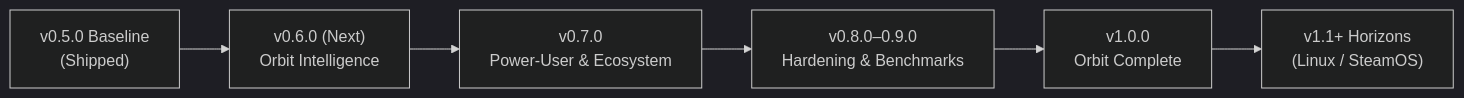
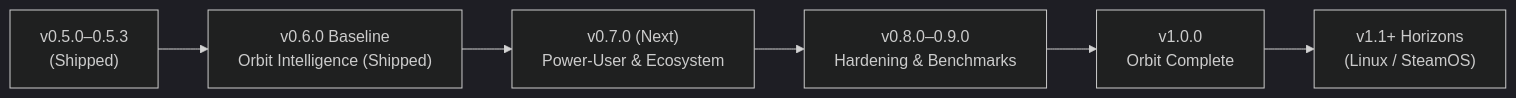
The diagram in docs/ROADMAP.md (j5bak928-a11y/orbit-game-launcher), drawn with Mermaid (dark theme) before and after one commit. The commit also changed other lines of this file and 19 other files, not shown here.

Commit message:
feat: release Orbit v0.6.0 (Orbit Intelligence) (#70)

````diff
--- a/docs/ROADMAP.md
+++ b/docs/ROADMAP.md
@@ -7,8 +7,8 @@
 ```mermaid
 flowchart LR
-    V05["v0.5.0 Baseline\n(Shipped)"] --> V06["v0.6.0 (Next)\nOrbit Intelligence"]
-    V06 --> V07["v0.7.0\nPower-User & Ecosystem"]
+    V05["v0.5.0–0.5.3\n(Shipped)"] --> V06["v0.6.0 Baseline\nOrbit Intelligence (Shipped)"]
+    V06 --> V07["v0.7.0 (Next)\nPower-User & Ecosystem"]
     V07 --> V08["v0.8.0–0.9.0\nHardening & Benchmarks"]
     V08 --> V10["v1.0.0\nOrbit Complete"]
     V10 --> V11["v1.1+ Horizons\n(Linux / SteamOS)"]
 ```
````
